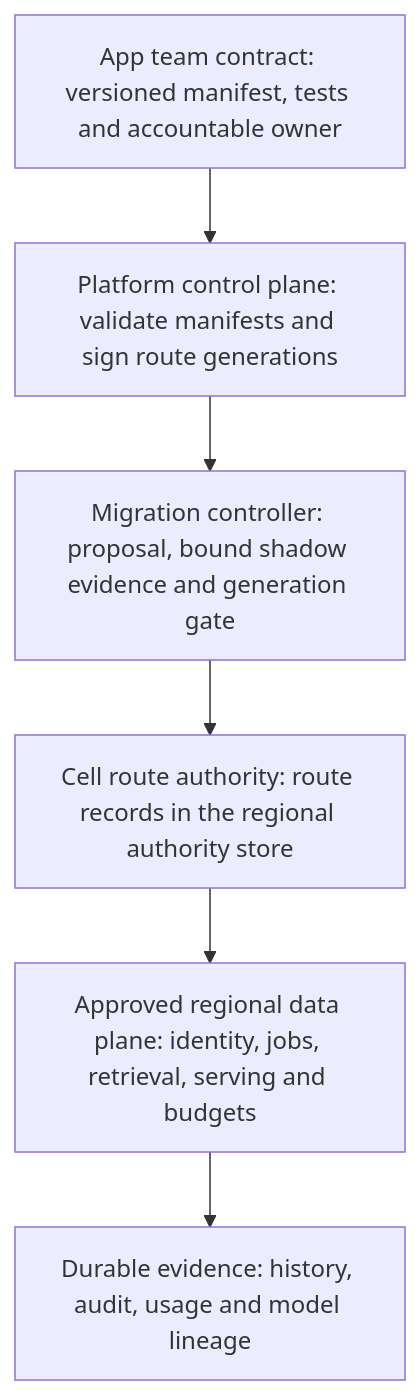
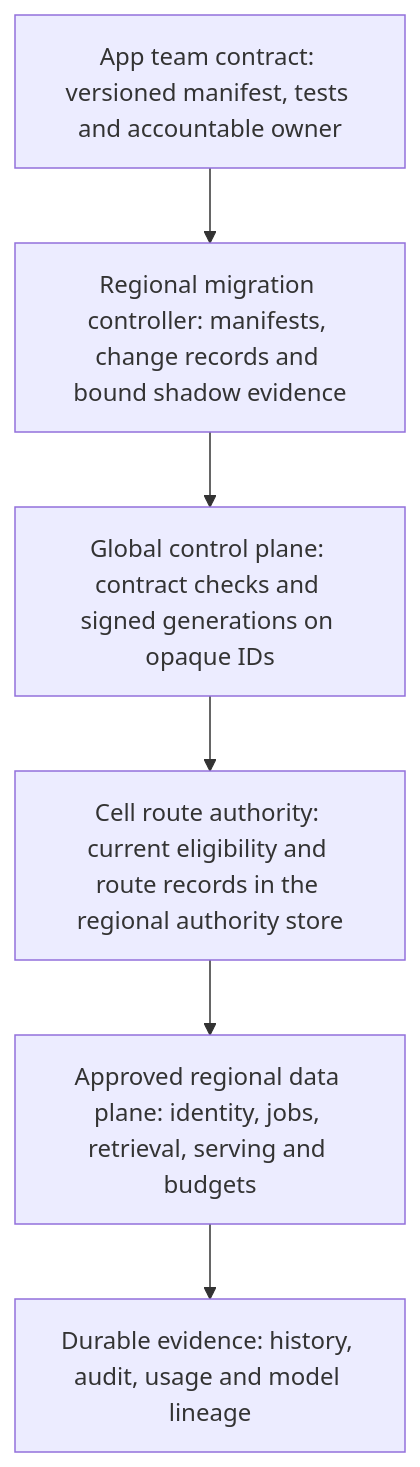
The second of 3 diagrams in 10_AI_System_Design/stages/12-staff-platform/guide.md (Sourav692/Forward-Deployed-Engineer-Interview-Prep), drawn with Mermaid before and after one commit. The commit also changed other lines of this file and 23 other files, not shown here.

````diff
--- a/10_AI_System_Design/stages/12-staff-platform/guide.md
+++ b/10_AI_System_Design/stages/12-staff-platform/guide.md
@@ -101,8 +117,8 @@
 ```mermaid
 flowchart TD
- A[App team contract: versioned manifest, tests and accountable owner] --> P[Platform control plane: validate manifests and sign route generations]
- P --> M[Migration controller: proposal, bound shadow evidence and generation gate]
- M --> C[Cell route authority: route records in the regional authority store]
+ A[App team contract: versioned manifest, tests and accountable owner] --> M[Regional migration controller: manifests, change records and bound shadow evidence]
+ M --> P[Global control plane: contract checks and signed generations on opaque IDs]
+ P --> C[Cell route authority: current eligibility and route records in the regional authority store]
  C --> R[Approved regional data plane: identity, jobs, retrieval, serving and budgets]
  R --> E[Durable evidence: history, audit, usage and model lineage]
 ```
````
